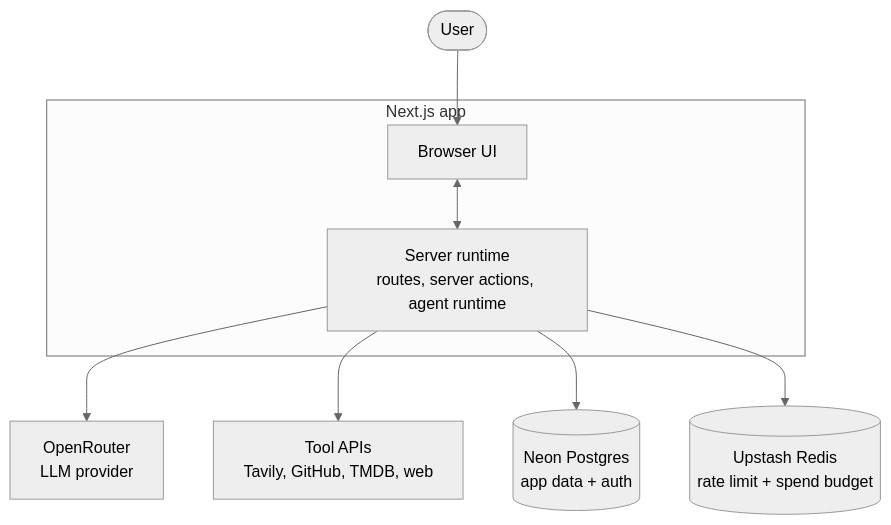
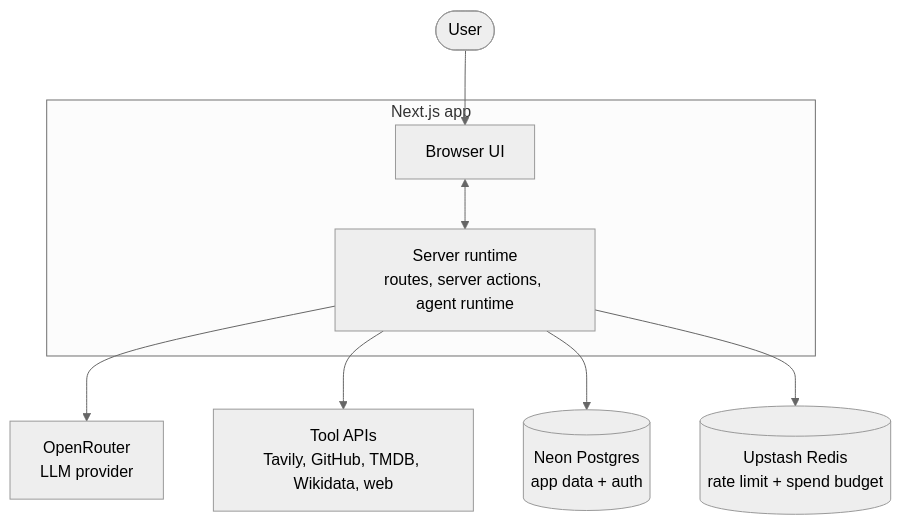
Before and after one commit to jimmy-guzman/comal.dev: the first of 5 diagrams in README.md, drawn with Mermaid (neutral theme). The commit also changed other lines of this file and 28 other files, not shown here.

Commit message:
feat: ✨ add wikidata tool group (#151)

````diff
--- a/README.md
+++ b/README.md
@@ -15,16 +15,16 @@
 ```mermaid
 flowchart TB
   User([User])
 
   subgraph App[Next.js app]
     Client[Browser UI]
     Server[Server runtime<br/>routes, server actions, agent runtime]
   end
 
   User --> Client
   Client <--> Server
   Server --> LLM[OpenRouter<br/>LLM provider]
-  Server --> Tools[Tool APIs<br/>Tavily, GitHub, TMDB, web]
+  Server --> Tools[Tool APIs<br/>Tavily, GitHub, TMDB, Wikidata, web]
   Server --> Postgres[(Neon Postgres<br/>app data + auth)]
   Server --> Redis[(Upstash Redis<br/>rate limit + spend budget)]
 ```
````
